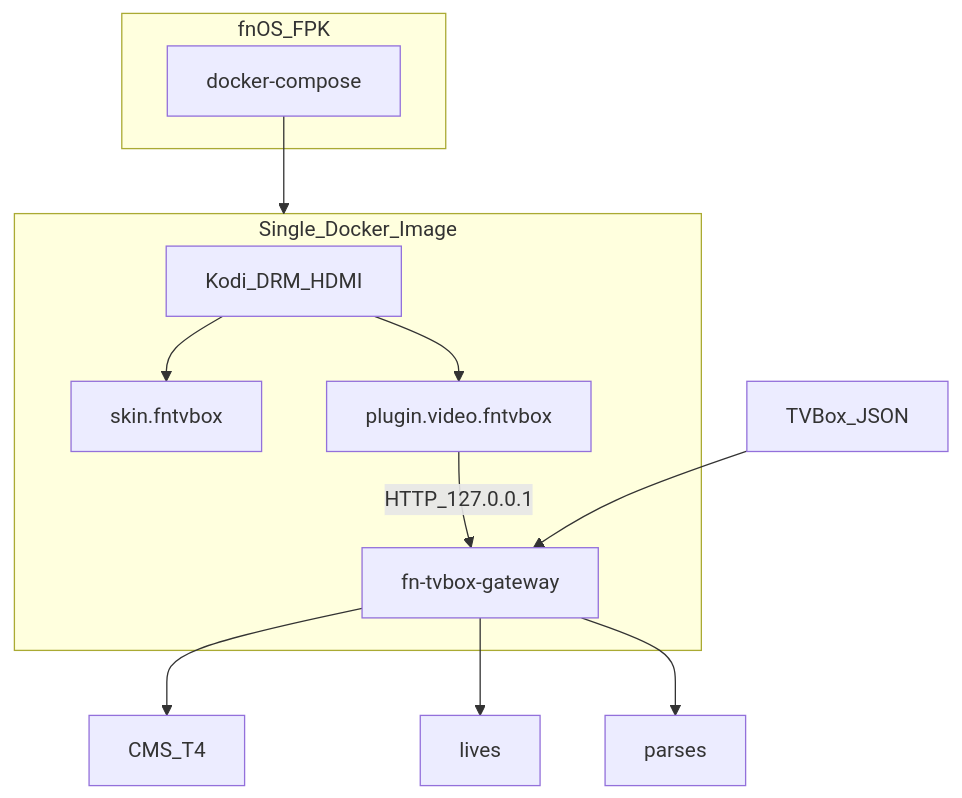
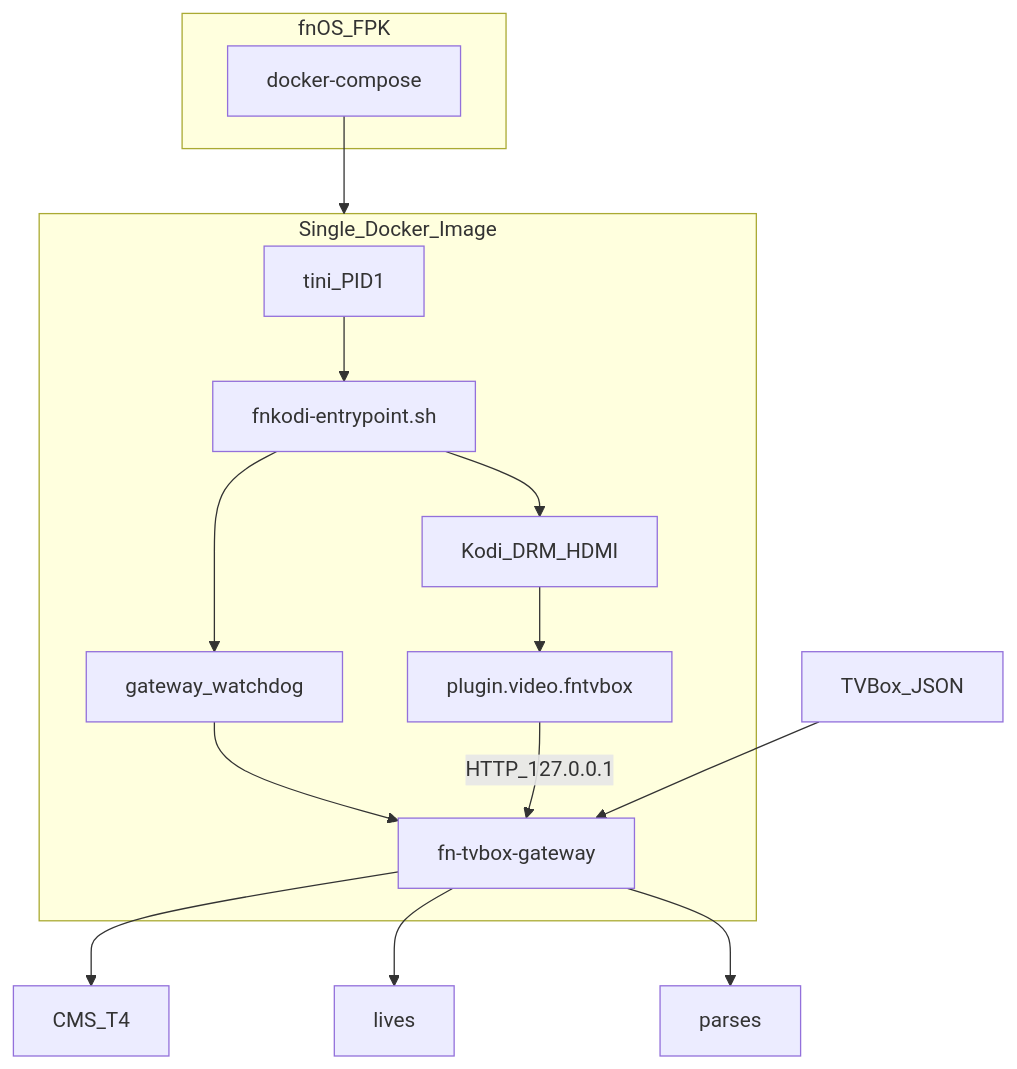
One commit to zhanqinwen/FnKodi_TVBOX changed the diagram in 实现路线与部署.md. Above: the diagram before and after it, drawn with Mermaid. The commit also changed other lines of this file and 3 other files, not shown here.

````diff
--- a/实现路线与部署.md
+++ b/实现路线与部署.md
@@ -59,20 +78,25 @@
 ```mermaid
 flowchart TB
   subgraph fpk [fnOS_FPK]
     compose[docker-compose]
   end
   subgraph image [Single_Docker_Image]
+    tini[tini_PID1]
+    ep[fnkodi-entrypoint.sh]
+    wd[gateway_watchdog]
+    goGw[fn-tvbox-gateway]
     kodi[Kodi_DRM_HDMI]
-    skin[skin.fntvbox]
     pyAddon[plugin.video.fntvbox]
-    goGw[fn-tvbox-gateway]
-    kodi --> skin
+    tini --> ep
+    ep --> wd
+    wd --> goGw
+    ep --> kodi
     kodi --> pyAddon
     pyAddon -->|HTTP_127.0.0.1| goGw
   end
   compose --> image
   sub[TVBox_JSON] --> goGw
   goGw --> cms[CMS_T4]
   goGw --> live[lives]
   goGw --> parses[parses]
 ```
````
